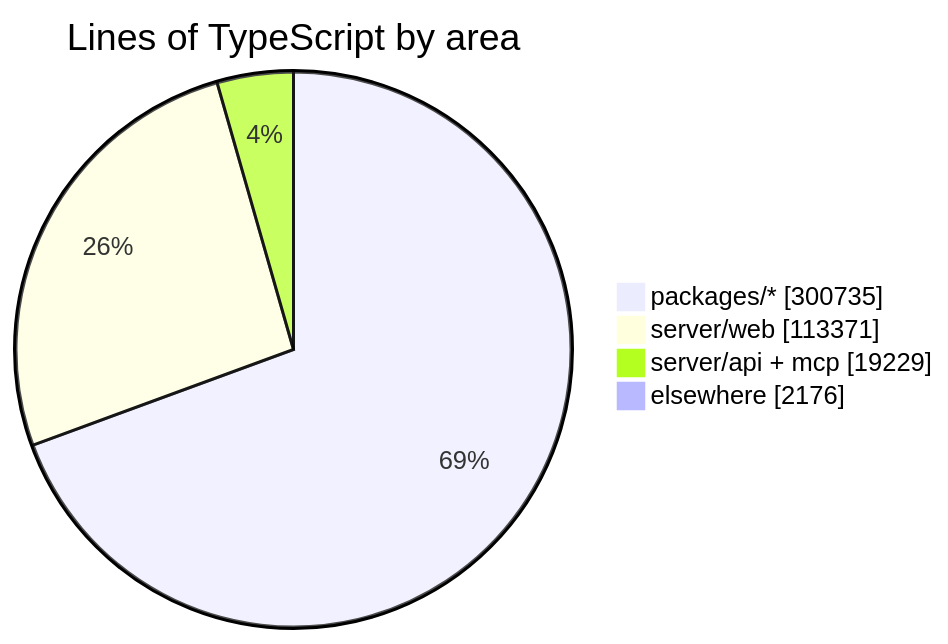
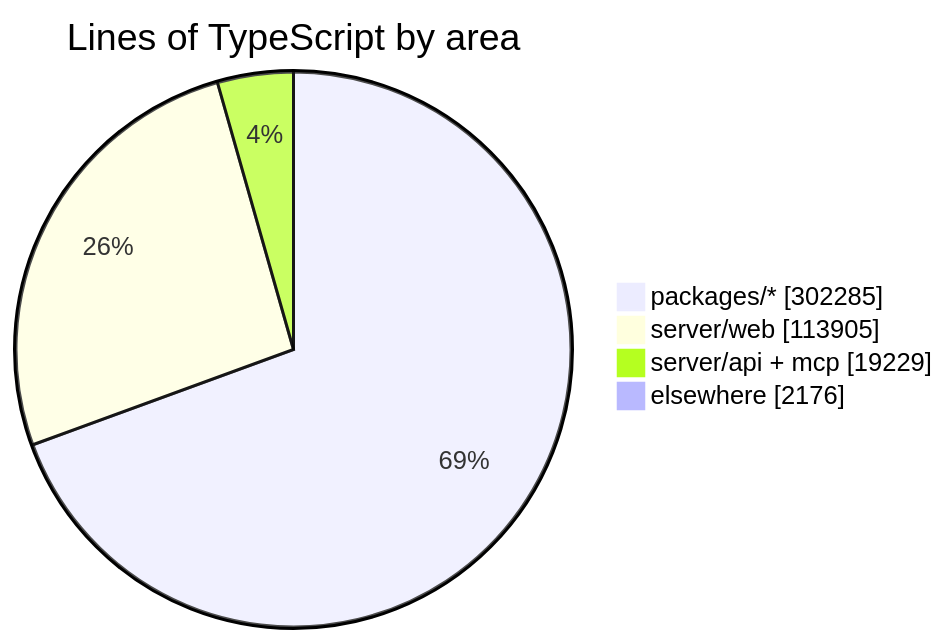
Before and after one commit to crossworks-engineering/mantle: the diagram in README.md, drawn with Mermaid. The commit also changed other lines of this file and 2 other files, not shown here.

````diff
--- a/README.md
+++ b/README.md
@@ -294,7 +294,7 @@
 ```mermaid
 pie showData title Lines of TypeScript by area
-    "packages/*" : 300735
-    "server/web" : 113371
+    "packages/*" : 302285
+    "server/web" : 113905
     "server/api + mcp" : 19229
     "elsewhere" : 2176
 ```
````
